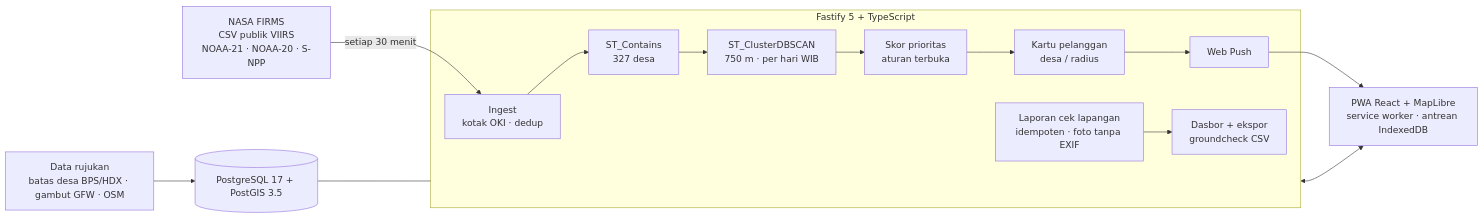
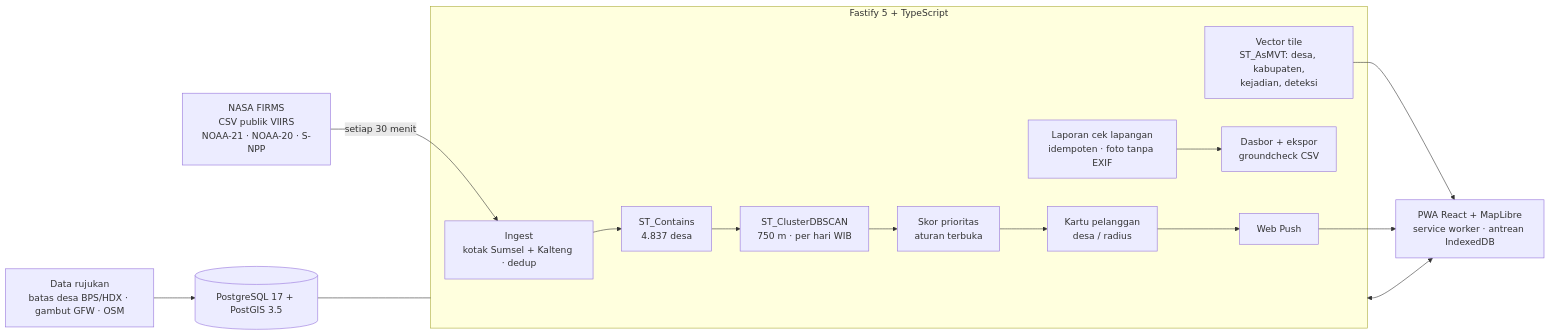
Before and after one commit to mrramdn/titik-api: the diagram in README.md, drawn with Mermaid. The commit also changed other lines of this file, not shown here.

Commit message:
docs: README for two provinces, vector tiles and the design workflow

````diff
--- a/README.md
+++ b/README.md
@@ -45,13 +46,15 @@
 ```mermaid
 flowchart LR
   FIRMS["NASA FIRMS<br/>CSV publik VIIRS<br/>NOAA-21 · NOAA-20 · S-NPP"] -->|setiap 30 menit| Ingest
   subgraph API["Fastify 5 + TypeScript"]
-    Ingest["Ingest<br/>kotak OKI · dedup"] --> Desa["ST_Contains<br/>327 desa"] --> Klaster["ST_ClusterDBSCAN<br/>750 m · per hari WIB"] --> Skor["Skor prioritas<br/>aturan terbuka"] --> Kartu["Kartu pelanggan<br/>desa / radius"]
+    Ingest["Ingest<br/>kotak Sumsel + Kalteng · dedup"] --> Desa["ST_Contains<br/>4.837 desa"] --> Klaster["ST_ClusterDBSCAN<br/>750 m · per hari WIB"] --> Skor["Skor prioritas<br/>aturan terbuka"] --> Kartu["Kartu pelanggan<br/>desa / radius"]
     Kartu --> Push["Web Push"]
     Lapor["Laporan cek lapangan<br/>idempoten · foto tanpa EXIF"] --> Dasbor["Dasbor + ekspor<br/>groundcheck CSV"]
+    Ubin["Vector tile<br/>ST_AsMVT: desa, kabupaten,<br/>kejadian, deteksi"]
   end
   DB[("PostgreSQL 17 + PostGIS 3.5")] --- API
   Ref["Data rujukan<br/>batas desa BPS/HDX · gambut GFW · OSM"] --> DB
   PWA["PWA React + MapLibre<br/>service worker · antrean IndexedDB"] <--> API
+  Ubin --> PWA
   Push --> PWA
 ```
````
